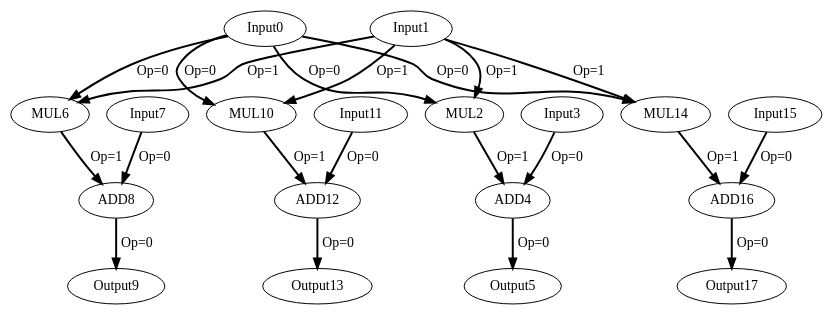
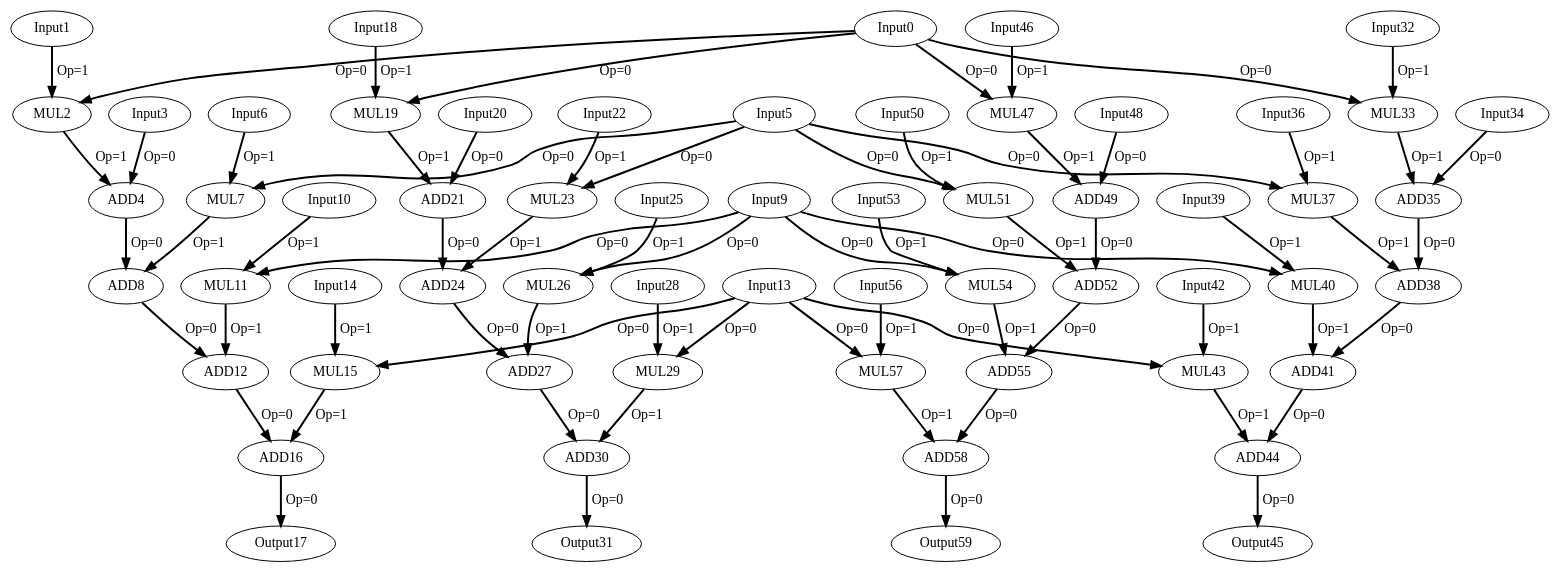
One commit to MIONkb/adora-compiler changed the diagram in experiment/Pytest/MatMul_WS/IR/2_dfgs/merge_MATMUL_4x4_IS_CDFG.dot. Above: the diagram before and after it, drawn with Graphviz. The commit also changed 14 other files, not shown here.

```diff
--- a/experiment/Pytest/MatMul_WS/IR/2_dfgs/merge_MATMUL_4x4_IS_CDFG.dot
+++ b/experiment/Pytest/MatMul_WS/IR/2_dfgs/merge_MATMUL_4x4_IS_CDFG.dot
@@ -1,40 +1,130 @@
 Digraph G {
-Input0[opcode = "Input", ref_name="merge_MATMUL_4x4_IS:2", size="5184", offset="0,0", pattern="144,36,-5036,36,-5180,9", color = black];
-Input1[opcode = "Input", ref_name="merge_MATMUL_4x4_IS:3", size="1296", offset="0,0", pattern="0,36,36,36,-1256,9", color = black];
+Input0[opcode = "Input", ref_name="merge_MATMUL_4x4_IS:4", size="1296", offset="0,0", pattern="36,36,-1256,9,-1292,9", color = black];
+Input1[opcode = "Input", ref_name="merge_MATMUL_4x4_IS:5", size="324", offset="0,0", pattern="0,36,36,9,-284,9", color = black];
 MUL2[opcode = "MUL", color = black];
-Input3[opcode = "Input", ref_name="merge_MATMUL_4x4_IS:4", size="1440", offset="0,0", pattern="40,36,-1400,36,-1396,9", color = black];
+Input3[opcode = "Input", ref_name="merge_MATMUL_4x4_IS:0", size="1296", offset="0,0", pattern="36,36,-1260,9,-1256,9", color = black];
 ADD4[opcode = "ADD", color = black];
-Output5[opcode = "Output", ref_name="merge_MATMUL_4x4_IS:7", size="1440", offset="0,0", pattern="40,36,-1400,36,-1396,9", color = black];
-MUL6[opcode = "MUL", color = black];
-Input7[opcode = "Input", ref_name="merge_MATMUL_4x4_IS:5", size="1440", offset="0,0", pattern="40,36,-1400,36,-1396,9", color = black];
+Input5[opcode = "Input", ref_name="merge_MATMUL_4x4_IS:6", size="1296", offset="0,0", pattern="36,36,-1256,9,-1292,9", color = black];
+Input6[opcode = "Input", ref_name="merge_MATMUL_4x4_IS:7", size="324", offset="0,0", pattern="0,36,36,9,-284,9", color = black];
+MUL7[opcode = "MUL", color = black];
 ADD8[opcode = "ADD", color = black];
-Output9[opcode = "Output", ref_name="merge_MATMUL_4x4_IS:6", size="1440", offset="0,0", pattern="40,36,-1400,36,-1396,9", color = black];
-MUL10[opcode = "MUL", color = black];
-Input11[opcode = "Input", ref_name="merge_MATMUL_4x4_IS:1", size="1440", offset="0,0", pattern="40,36,-1400,36,-1396,9", color = black];
+Input9[opcode = "Input", ref_name="merge_MATMUL_4x4_IS:8", size="1296", offset="0,0", pattern="36,36,-1256,9,-1292,9", color = black];
+Input10[opcode = "Input", ref_name="merge_MATMUL_4x4_IS:9", size="324", offset="0,0", pattern="0,36,36,9,-284,9", color = black];
+MUL11[opcode = "MUL", color = black];
 ADD12[opcode = "ADD", color = black];
-Output13[opcode = "Output", ref_name="merge_MATMUL_4x4_IS:0", size="1440", offset="0,0", pattern="40,36,-1400,36,-1396,9", color = black];
-MUL14[opcode = "MUL", color = black];
-Input15[opcode = "Input", ref_name="merge_MATMUL_4x4_IS:0", size="1440", offset="0,4", pattern="40,36,-1400,36,-1396,9", color = black];
+Input13[opcode = "Input", ref_name="merge_MATMUL_4x4_IS:10", size="1296", offset="0,0", pattern="36,36,-1256,9,-1292,9", color = black];
+Input14[opcode = "Input", ref_name="merge_MATMUL_4x4_IS:11", size="324", offset="0,0", pattern="0,36,36,9,-284,9", color = black];
+MUL15[opcode = "MUL", color = black];
 ADD16[opcode = "ADD", color = black];
-Output17[opcode = "Output", ref_name="merge_MATMUL_4x4_IS:1", size="1440", offset="0,4", pattern="40,36,-1400,36,-1396,9", color = black];
+Output17[opcode = "Output", ref_name="merge_MATMUL_4x4_IS:0", size="1296", offset="0,0", pattern="36,36,-1260,9,-1256,9", color = black];
+Input18[opcode = "Input", ref_name="merge_MATMUL_4x4_IS:12", size="324", offset="0,0", pattern="0,36,36,9,-284,9", color = black];
+MUL19[opcode = "MUL", color = black];
+Input20[opcode = "Input", ref_name="merge_MATMUL_4x4_IS:2", size="1296", offset="0,0", pattern="36,36,-1260,9,-1256,9", color = black];
+ADD21[opcode = "ADD", color = black];
+Input22[opcode = "Input", ref_name="merge_MATMUL_4x4_IS:13", size="324", offset="0,0", pattern="0,36,36,9,-284,9", color = black];
+MUL23[opcode = "MUL", color = black];
+ADD24[opcode = "ADD", color = black];
+Input25[opcode = "Input", ref_name="merge_MATMUL_4x4_IS:14", size="324", offset="0,0", pattern="0,36,36,9,-284,9", color = black];
+MUL26[opcode = "MUL", color = black];
+ADD27[opcode = "ADD", color = black];
+Input28[opcode = "Input", ref_name="merge_MATMUL_4x4_IS:15", size="324", offset="0,0", pattern="0,36,36,9,-284,9", color = black];
+MUL29[opcode = "MUL", color = black];
+ADD30[opcode = "ADD", color = black];
+Output31[opcode = "Output", ref_name="merge_MATMUL_4x4_IS:2", size="1296", offset="0,0", pattern="36,36,-1260,9,-1256,9", color = black];
+Input32[opcode = "Input", ref_name="merge_MATMUL_4x4_IS:16", size="324", offset="0,0", pattern="0,36,36,9,-284,9", color = black];
+MUL33[opcode = "MUL", color = black];
+Input34[opcode = "Input", ref_name="merge_MATMUL_4x4_IS:1", size="1296", offset="0,0", pattern="36,36,-1260,9,-1256,9", color = black];
+ADD35[opcode = "ADD", color = black];
+Input36[opcode = "Input", ref_name="merge_MATMUL_4x4_IS:17", size="324", offset="0,0", pattern="0,36,36,9,-284,9", color = black];
+MUL37[opcode = "MUL", color = black];
+ADD38[opcode = "ADD", color = black];
+Input39[opcode = "Input", ref_name="merge_MATMUL_4x4_IS:18", size="324", offset="0,0", pattern="0,36,36,9,-284,9", color = black];
+MUL40[opcode = "MUL", color = black];
+ADD41[opcode = "ADD", color = black];
+Input42[opcode = "Input", ref_name="merge_MATMUL_4x4_IS:19", size="324", offset="0,0", pattern="0,36,36,9,-284,9", color = black];
+MUL43[opcode = "MUL", color = black];
+ADD44[opcode = "ADD", color = black];
+Output45[opcode = "Output", ref_name="merge_MATMUL_4x4_IS:1", size="1296", offset="0,0", pattern="36,36,-1260,9,-1256,9", color = black];
+Input46[opcode = "Input", ref_name="merge_MATMUL_4x4_IS:20", size="324", offset="0,0", pattern="0,36,36,9,-284,9", color = black];
+MUL47[opcode = "MUL", color = black];
+Input48[opcode = "Input", ref_name="merge_MATMUL_4x4_IS:3", size="1296", offset="0,0", pattern="36,36,-1260,9,-1256,9", color = black];
+ADD49[opcode = "ADD", color = black];
+Input50[opcode = "Input", ref_name="merge_MATMUL_4x4_IS:21", size="324", offset="0,0", pattern="0,36,36,9,-284,9", color = black];
+MUL51[opcode = "MUL", color = black];
+ADD52[opcode = "ADD", color = black];
+Input53[opcode = "Input", ref_name="merge_MATMUL_4x4_IS:22", size="324", offset="0,0", pattern="0,36,36,9,-284,9", color = black];
+MUL54[opcode = "MUL", color = black];
+ADD55[opcode = "ADD", color = black];
+Input56[opcode = "Input", ref_name="merge_MATMUL_4x4_IS:23", size="324", offset="0,0", pattern="0,36,36,9,-284,9", color = black];
+MUL57[opcode = "MUL", color = black];
+ADD58[opcode = "ADD", color = black];
+Output59[opcode = "Output", ref_name="merge_MATMUL_4x4_IS:3", size="1296", offset="0,0", pattern="36,36,-1260,9,-1256,9", color = black];
 Input0 -> MUL2[color = black, style = bold, operand = 0, label = "Op=0"];
 Input1 -> MUL2[color = black, style = bold, operand = 1, label = "Op=1"];
 Input3 -> ADD4[color = black, style = bold, operand = 0, label = "Op=0"];
 MUL2 -> ADD4[color = black, style = bold, operand = 1, label = "Op=1"];
-ADD4 -> Output5[color = black, style = bold, operand = 0, label = "Op=0"];
-Input0 -> MUL6[color = black, style = bold, operand = 0, label = "Op=0"];
-Input1 -> MUL6[color = black, style = bold, operand = 1, label = "Op=1"];
-Input7 -> ADD8[color = black, style = bold, operand = 0, label = "Op=0"];
-MUL6 -> ADD8[color = black, style = bold, operand = 1, label = "Op=1"];
-ADD8 -> Output9[color = black, style = bold, operand = 0, label = "Op=0"];
-Input0 -> MUL10[color = black, style = bold, operand = 0, label = "Op=0"];
-Input1 -> MUL10[color = black, style = bold, operand = 1, label = "Op=1"];
-Input11 -> ADD12[color = black, style = bold, operand = 0, label = "Op=0"];
-MUL10 -> ADD12[color = black, style = bold, operand = 1, label = "Op=1"];
-ADD12 -> Output13[color = black, style = bold, operand = 0, label = "Op=0"];
-Input0 -> MUL14[color = black, style = bold, operand = 0, label = "Op=0"];
-Input1 -> MUL14[color = black, style = bold, operand = 1, label = "Op=1"];
-Input15 -> ADD16[color = black, style = bold, operand = 0, label = "Op=0"];
-MUL14 -> ADD16[color = black, style = bold, operand = 1, label = "Op=1"];
+Input5 -> MUL7[color = black, style = bold, operand = 0, label = "Op=0"];
+Input6 -> MUL7[color = black, style = bold, operand = 1, label = "Op=1"];
+ADD4 -> ADD8[color = black, style = bold, operand = 0, label = "Op=0"];
+MUL7 -> ADD8[color = black, style = bold, operand = 1, label = "Op=1"];
+Input9 -> MUL11[color = black, style = bold, operand = 0, label = "Op=0"];
+Input10 -> MUL11[color = black, style = bold, operand = 1, label = "Op=1"];
+ADD8 -> ADD12[color = black, style = bold, operand = 0, label = "Op=0"];
+MUL11 -> ADD12[color = black, style = bold, operand = 1, label = "Op=1"];
+Input13 -> MUL15[color = black, style = bold, operand = 0, label = "Op=0"];
+Input14 -> MUL15[color = black, style = bold, operand = 1, label = "Op=1"];
+ADD12 -> ADD16[color = black, style = bold, operand = 0, label = "Op=0"];
+MUL15 -> ADD16[color = black, style = bold, operand = 1, label = "Op=1"];
 ADD16 -> Output17[color = black, style = bold, operand = 0, label = "Op=0"];
+Input0 -> MUL19[color = black, style = bold, operand = 0, label = "Op=0"];
+Input18 -> MUL19[color = black, style = bold, operand = 1, label = "Op=1"];
+Input20 -> ADD21[color = black, style = bold, operand = 0, label = "Op=0"];
+MUL19 -> ADD21[color = black, style = bold, operand = 1, label = "Op=1"];
+Input5 -> MUL23[color = black, style = bold, operand = 0, label = "Op=0"];
+Input22 -> MUL23[color = black, style = bold, operand = 1, label = "Op=1"];
+ADD21 -> ADD24[color = black, style = bold, operand = 0, label = "Op=0"];
+MUL23 -> ADD24[color = black, style = bold, operand = 1, label = "Op=1"];
+Input9 -> MUL26[color = black, style = bold, operand = 0, label = "Op=0"];
+Input25 -> MUL26[color = black, style = bold, operand = 1, label = "Op=1"];
+ADD24 -> ADD27[color = black, style = bold, operand = 0, label = "Op=0"];
+MUL26 -> ADD27[color = black, style = bold, operand = 1, label = "Op=1"];
+Input13 -> MUL29[color = black, style = bold, operand = 0, label = "Op=0"];
+Input28 -> MUL29[color = black, style = bold, operand = 1, label = "Op=1"];
+ADD27 -> ADD30[color = black, style = bold, operand = 0, label = "Op=0"];
+MUL29 -> ADD30[color = black, style = bold, operand = 1, label = "Op=1"];
+ADD30 -> Output31[color = black, style = bold, operand = 0, label = "Op=0"];
+Input0 -> MUL33[color = black, style = bold, operand = 0, label = "Op=0"];
+Input32 -> MUL33[color = black, style = bold, operand = 1, label = "Op=1"];
+Input34 -> ADD35[color = black, style = bold, operand = 0, label = "Op=0"];
+MUL33 -> ADD35[color = black, style = bold, operand = 1, label = "Op=1"];
+Input5 -> MUL37[color = black, style = bold, operand = 0, label = "Op=0"];
+Input36 -> MUL37[color = black, style = bold, operand = 1, label = "Op=1"];
+ADD35 -> ADD38[color = black, style = bold, operand = 0, label = "Op=0"];
+MUL37 -> ADD38[color = black, style = bold, operand = 1, label = "Op=1"];
+Input9 -> MUL40[color = black, style = bold, operand = 0, label = "Op=0"];
+Input39 -> MUL40[color = black, style = bold, operand = 1, label = "Op=1"];
+ADD38 -> ADD41[color = black, style = bold, operand = 0, label = "Op=0"];
+MUL40 -> ADD41[color = black, style = bold, operand = 1, label = "Op=1"];
+Input13 -> MUL43[color = black, style = bold, operand = 0, label = "Op=0"];
+Input42 -> MUL43[color = black, style = bold, operand = 1, label = "Op=1"];
+ADD41 -> ADD44[color = black, style = bold, operand = 0, label = "Op=0"];
+MUL43 -> ADD44[color = black, style = bold, operand = 1, label = "Op=1"];
+ADD44 -> Output45[color = black, style = bold, operand = 0, label = "Op=0"];
+Input0 -> MUL47[color = black, style = bold, operand = 0, label = "Op=0"];
+Input46 -> MUL47[color = black, style = bold, operand = 1, label = "Op=1"];
+Input48 -> ADD49[color = black, style = bold, operand = 0, label = "Op=0"];
+MUL47 -> ADD49[color = black, style = bold, operand = 1, label = "Op=1"];
+Input5 -> MUL51[color = black, style = bold, operand = 0, label = "Op=0"];
+Input50 -> MUL51[color = black, style = bold, operand = 1, label = "Op=1"];
+ADD49 -> ADD52[color = black, style = bold, operand = 0, label = "Op=0"];
+MUL51 -> ADD52[color = black, style = bold, operand = 1, label = "Op=1"];
+Input9 -> MUL54[color = black, style = bold, operand = 0, label = "Op=0"];
+Input53 -> MUL54[color = black, style = bold, operand = 1, label = "Op=1"];
+ADD52 -> ADD55[color = black, style = bold, operand = 0, label = "Op=0"];
+MUL54 -> ADD55[color = black, style = bold, operand = 1, label = "Op=1"];
+Input13 -> MUL57[color = black, style = bold, operand = 0, label = "Op=0"];
+Input56 -> MUL57[color = black, style = bold, operand = 1, label = "Op=1"];
+ADD55 -> ADD58[color = black, style = bold, operand = 0, label = "Op=0"];
+MUL57 -> ADD58[color = black, style = bold, operand = 1, label = "Op=1"];
+ADD58 -> Output59[color = black, style = bold, operand = 0, label = "Op=0"];
 }
```
